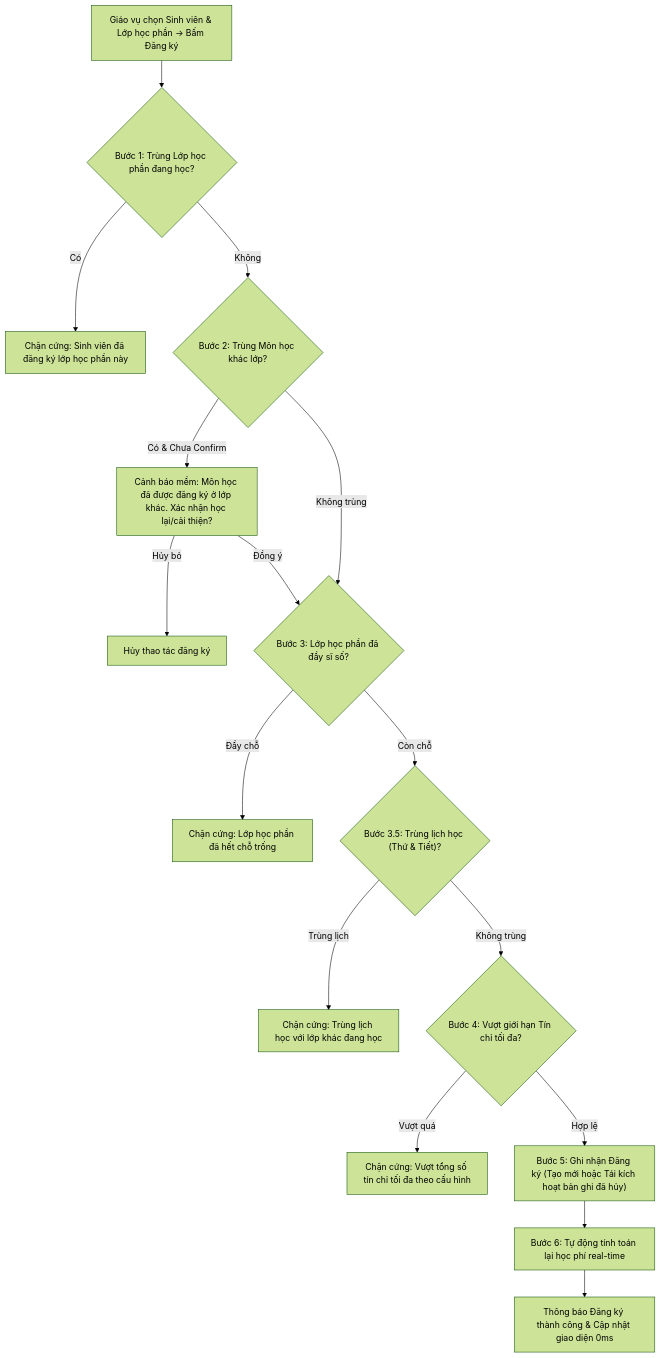
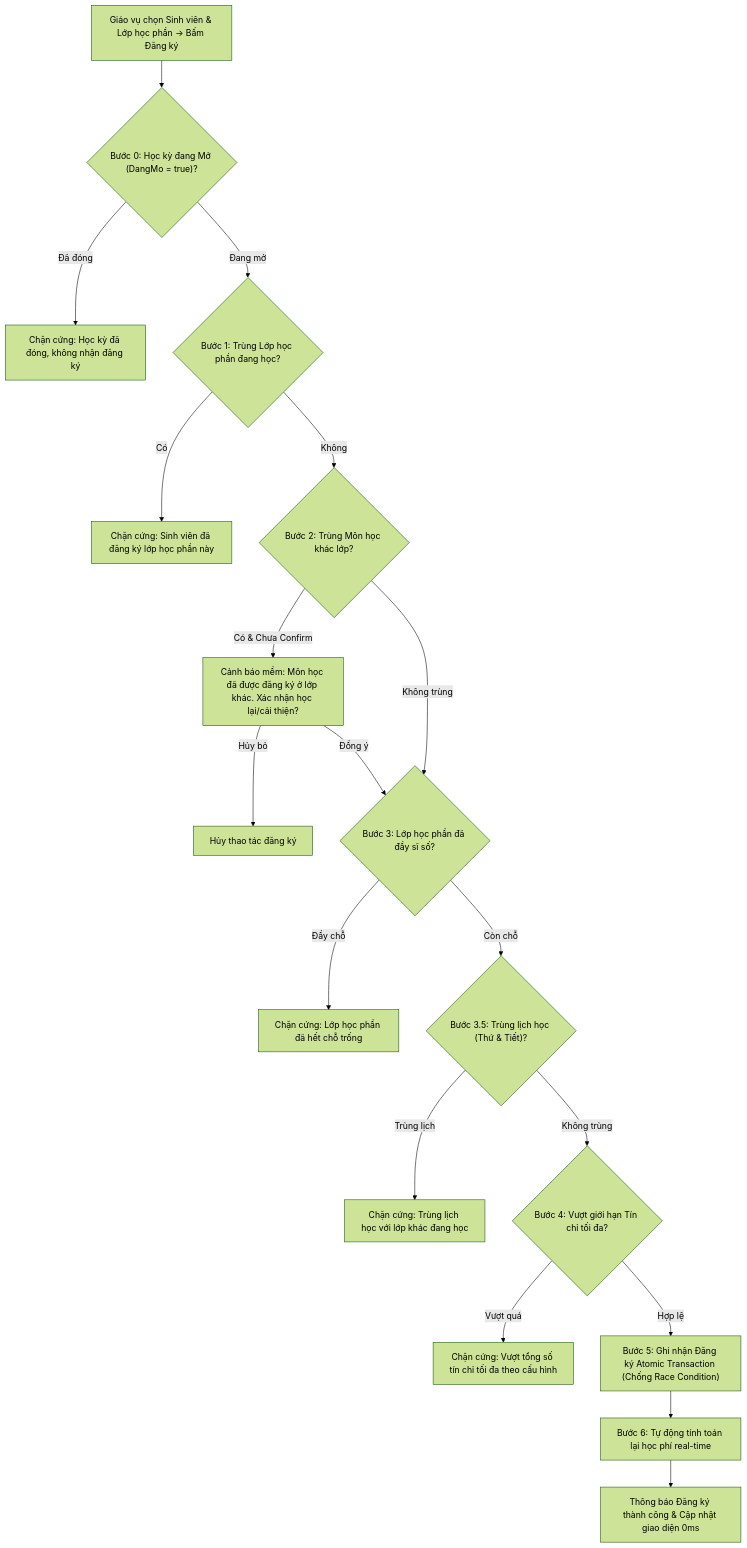
One commit to Nguyen06-CSE/quan-li-dang-ky-hoc-phan changed the diagram in docs/01-dac-ta-ung-dung/chuc-nang/F05-dang-ky-hoc-phan.md. Above: the diagram before and after it, drawn with Mermaid (forest theme). The commit also changed other lines of this file and 29 other files, not shown here.

````diff
--- a/docs/01-dac-ta-ung-dung/chuc-nang/F05-dang-ky-hoc-phan.md
+++ b/docs/01-dac-ta-ung-dung/chuc-nang/F05-dang-ky-hoc-phan.md
@@ -19,18 +19,20 @@
 ```mermaid
 flowchart TD
-    Start["Giáo vụ chọn Sinh viên & Lớp học phần -> Bấm Đăng ký"] --> Step1{"Bước 1: Trùng Lớp học phần đang học?"}
+    Start["Giáo vụ chọn Sinh viên & Lớp học phần -> Bấm Đăng ký"] --> Step0{"Bước 0: Học kỳ đang Mở (DangMo = true)?"}
+    Step0 -- Đã đóng --> Reject0["Chặn cứng: Học kỳ đã đóng, không nhận đăng ký"]
+    Step0 -- Đang mở --> Step1{"Bước 1: Trùng Lớp học phần đang học?"}
     Step1 -- Có --> Reject1["Chặn cứng: Sinh viên đã đăng ký lớp học phần này"]
     Step1 -- Không --> Step2{"Bước 2: Trùng Môn học khác lớp?"}
     Step2 -- Có & Chưa Confirm --> ConfirmDialog["Cảnh báo mềm: Môn học đã được đăng ký ở lớp khác. Xác nhận học lại/cải thiện?"]
     ConfirmDialog -- Hủy bỏ --> CancelAction["Hủy thao tác đăng ký"]
     ConfirmDialog -- Đồng ý --> Step3
     Step2 -- Không trùng --> Step3{"Bước 3: Lớp học phần đã đầy sĩ số?"}
     Step3 -- Đầy chỗ --> Reject3["Chặn cứng: Lớp học phần đã hết chỗ trống"]
     Step3 -- Còn chỗ --> Step35{"Bước 3.5: Trùng lịch học (Thứ & Tiết)?"}
     Step35 -- Trùng lịch --> Reject35["Chặn cứng: Trùng lịch học với lớp khác đang học"]
     Step35 -- Không trùng --> Step4{"Bước 4: Vượt giới hạn Tín chỉ tối đa?"}
     Step4 -- Vượt quá --> Reject4["Chặn cứng: Vượt tổng số tín chỉ tối đa theo cấu hình"]
-    Step4 -- Hợp lệ --> Step5["Bước 5: Ghi nhận Đăng ký (Tạo mới hoặc Tái kích hoạt bản ghi đã hủy)"]
+    Step4 -- Hợp lệ --> Step5["Bước 5: Ghi nhận Đăng ký Atomic Transaction (Chống Race Condition)"]
     Step5 --> Step6["Bước 6: Tự động tính toán lại học phí real-time"]
     Step6 --> Success["Thông báo Đăng ký thành công & Cập nhật giao diện 0ms"]
 ```
````
